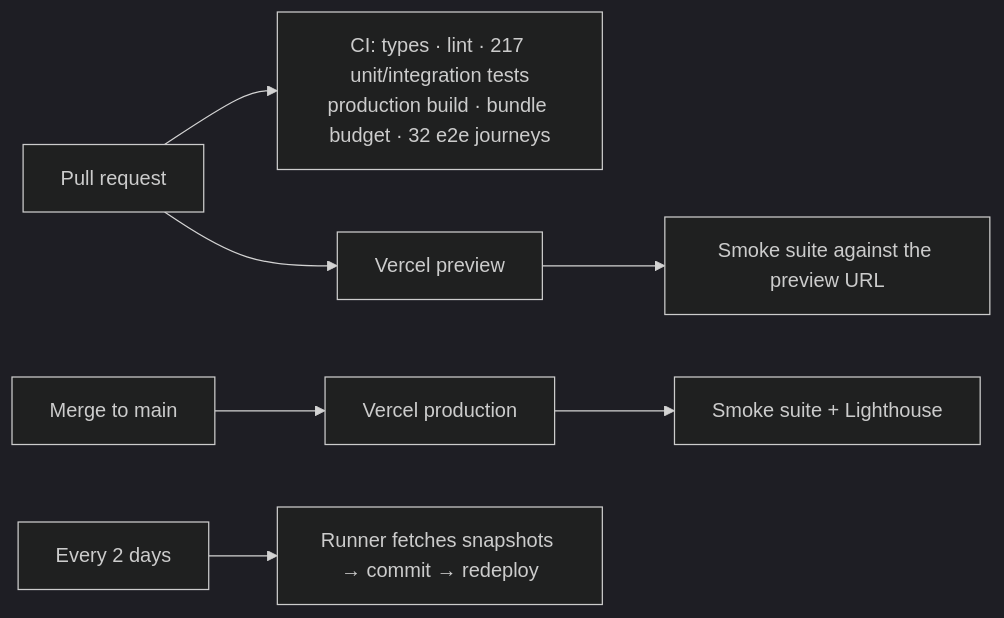
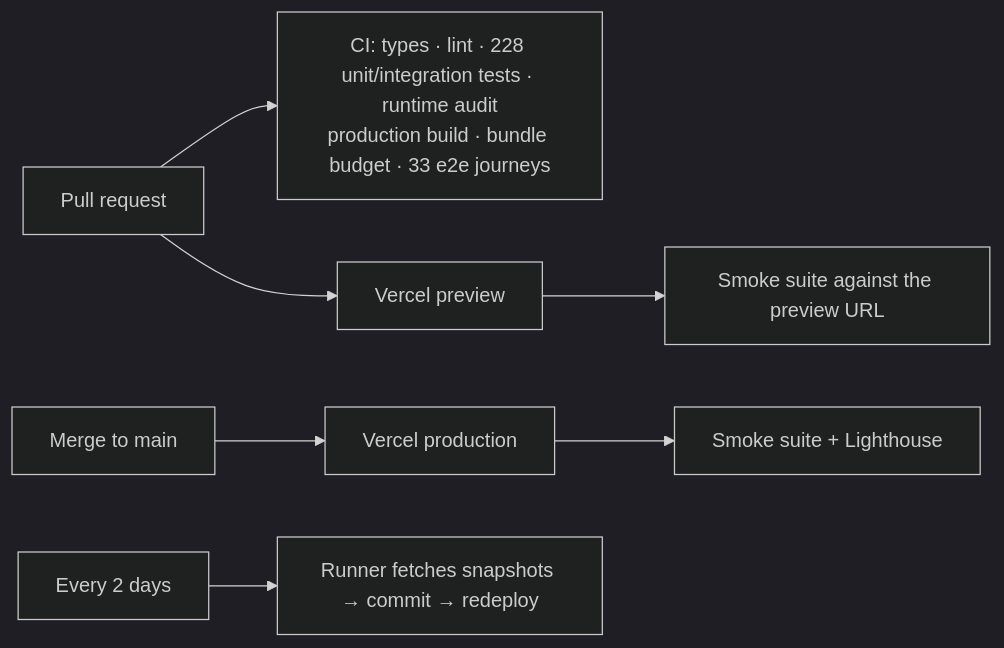
The second of 2 diagrams in README.md (Devligan/orbital-insight), drawn with Mermaid (dark theme) before and after one commit. The commit also changed other lines of this file and 3 other files, not shown here.

````diff
--- a/README.md
+++ b/README.md
@@ -101,7 +101,7 @@
 ```mermaid
 flowchart LR
-  PR["Pull request"] --> CI["CI: types · lint · 217 unit/integration tests<br/>production build · bundle budget · 32 e2e journeys"]
+  PR["Pull request"] --> CI["CI: types · lint · 228 unit/integration tests · runtime audit<br/>production build · bundle budget · 33 e2e journeys"]
   PR --> PREV["Vercel preview"] --> SMOKE["Smoke suite against the preview URL"]
   MAIN["Merge to main"] --> PROD["Vercel production"] --> CHECKS["Smoke suite + Lighthouse"]
   CRON["Every 2 days"] --> DATA["Runner fetches snapshots → commit → redeploy"]
 ```
````
